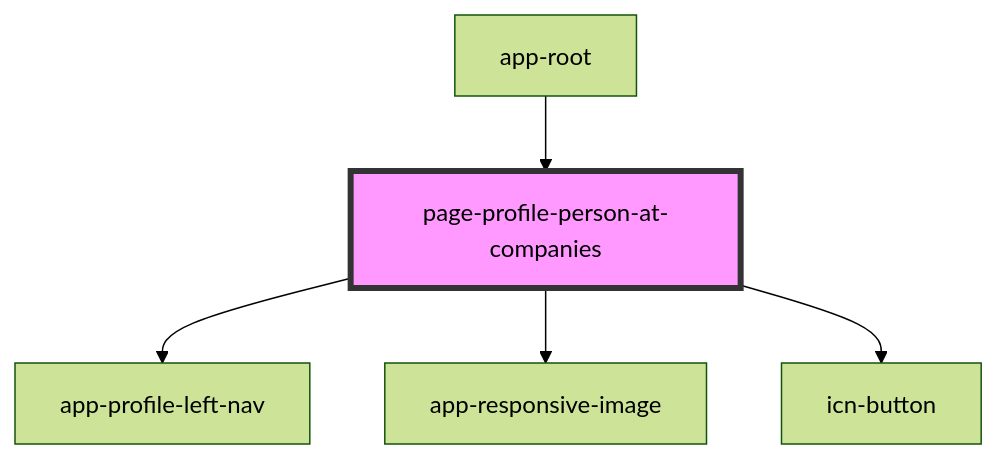
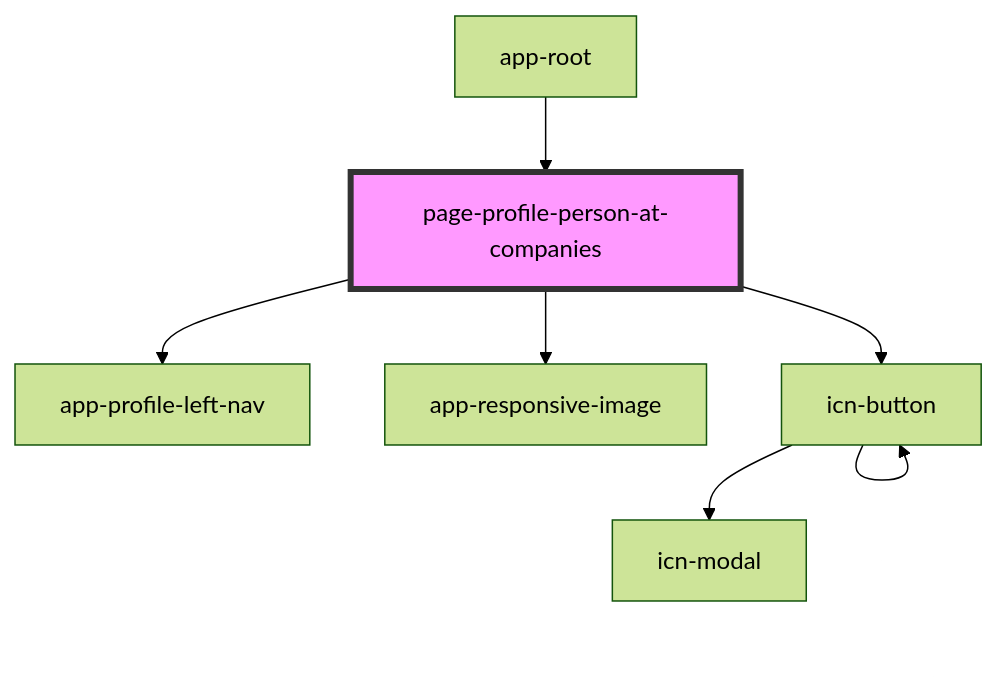
The diagram in iconeventnetwork-web/src/components/pages/page-profile-person-at-companies/readme.md (lokheed/IconEventNetwork.Web), drawn with Mermaid (forest theme) before and after one commit. The commit also changed 38 other files, not shown here.

First line of the commit message:
Implemented icn-modal

````diff
--- a/iconeventnetwork-web/src/components/pages/page-profile-person-at-companies/readme.md
+++ b/iconeventnetwork-web/src/components/pages/page-profile-person-at-companies/readme.md
@@ -21,8 +21,10 @@
 ```mermaid
 graph TD;
   page-profile-person-at-companies --> app-profile-left-nav
   page-profile-person-at-companies --> app-responsive-image
   page-profile-person-at-companies --> icn-button
+  icn-button --> icn-modal
+  icn-button --> icn-button
   app-root --> page-profile-person-at-companies
   style page-profile-person-at-companies fill:#f9f,stroke:#333,stroke-width:4px
 ```
````
